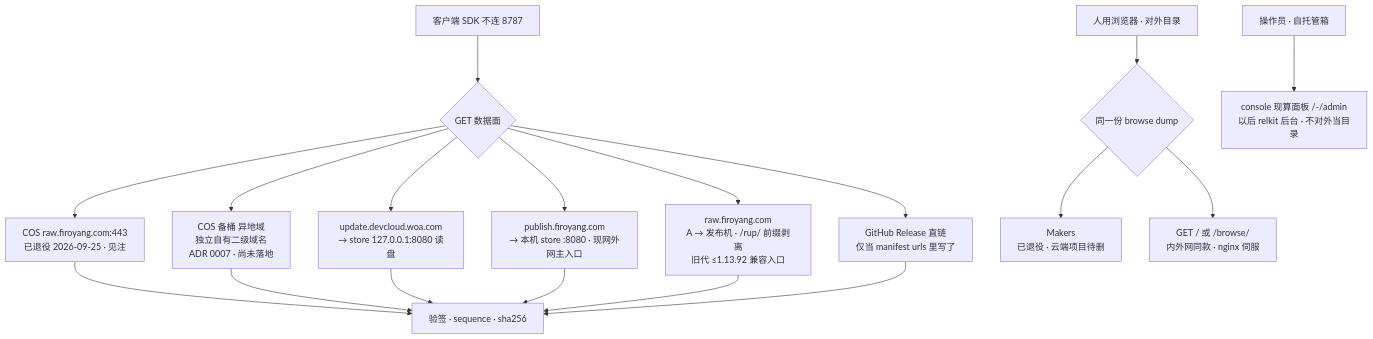
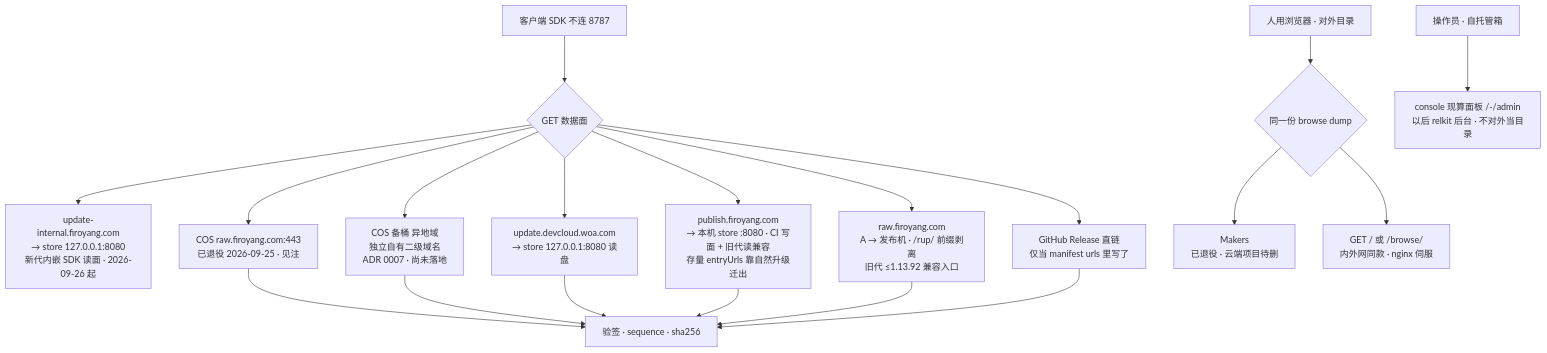
Before and after one commit to shichao402/relkit: the second of 2 diagrams in docs/design/publish-topology.md, drawn with Mermaid. The commit also changed other lines of this file, not shown here.

Commit message:
docs: update-internal read plane split from publish write plane

````diff
--- a/docs/design/publish-topology.md
+++ b/docs/design/publish-topology.md
@@ -95,22 +95,23 @@
 ```mermaid
 flowchart TB
   sdk["客户端 SDK 不连 8787"] --> get{"GET 数据面"}
+  get --> intGet["update-internal.firoyang.com<br/>→ store 127.0.0.1:8080<br/>新代内嵌 SDK 读面 · 2026-09-26 起"]
   get --> cosGet["COS raw.firoyang.com:443<br/>已退役 2026-09-25 · 见注"]
   get --> cosBackup["COS 备桶 异地域<br/>独立自有二级域名<br/>ADR 0007 · 尚未落地"]
   get --> woaGet["update.devcloud.woa.com<br/>→ store 127.0.0.1:8080 读盘"]
-  get --> pubGet["publish.firoyang.com<br/>→ 本机 store :8080 · 现网外网主入口"]
+  get --> pubGet["publish.firoyang.com<br/>→ 本机 store :8080 · CI 写面 + 旧代读兼容<br/>存量 entryUrls 靠自然升级迁出"]
   get --> rawCompat["raw.firoyang.com<br/>A → 发布机 · /rup/ 前缀剥离<br/>旧代 ≤1.13.92 兼容入口"]
   get --> relGet["GitHub Release 直链<br/>仅当 manifest urls 里写了"]
   cosGet --> verify["验签 · sequence · sha256"]
   cosBackup --> verify
   woaGet --> verify
   pubGet --> verify
   rawCompat --> verify
   relGet --> verify
 
   human["人用浏览器 · 对外目录"] --> site{"同一份 browse dump"}
   site --> makersGet["Makers<br/>已退役 · 云端项目待删"]
   site --> pages["GET / 或 /browse/<br/>内外网同款 · nginx 伺服"]
 
     ops["操作员 · 自托管箱"] --> panel["console 现算面板 /-/admin<br/>以后 relkit 后台 · 不对外当目录"]
 ```
````
